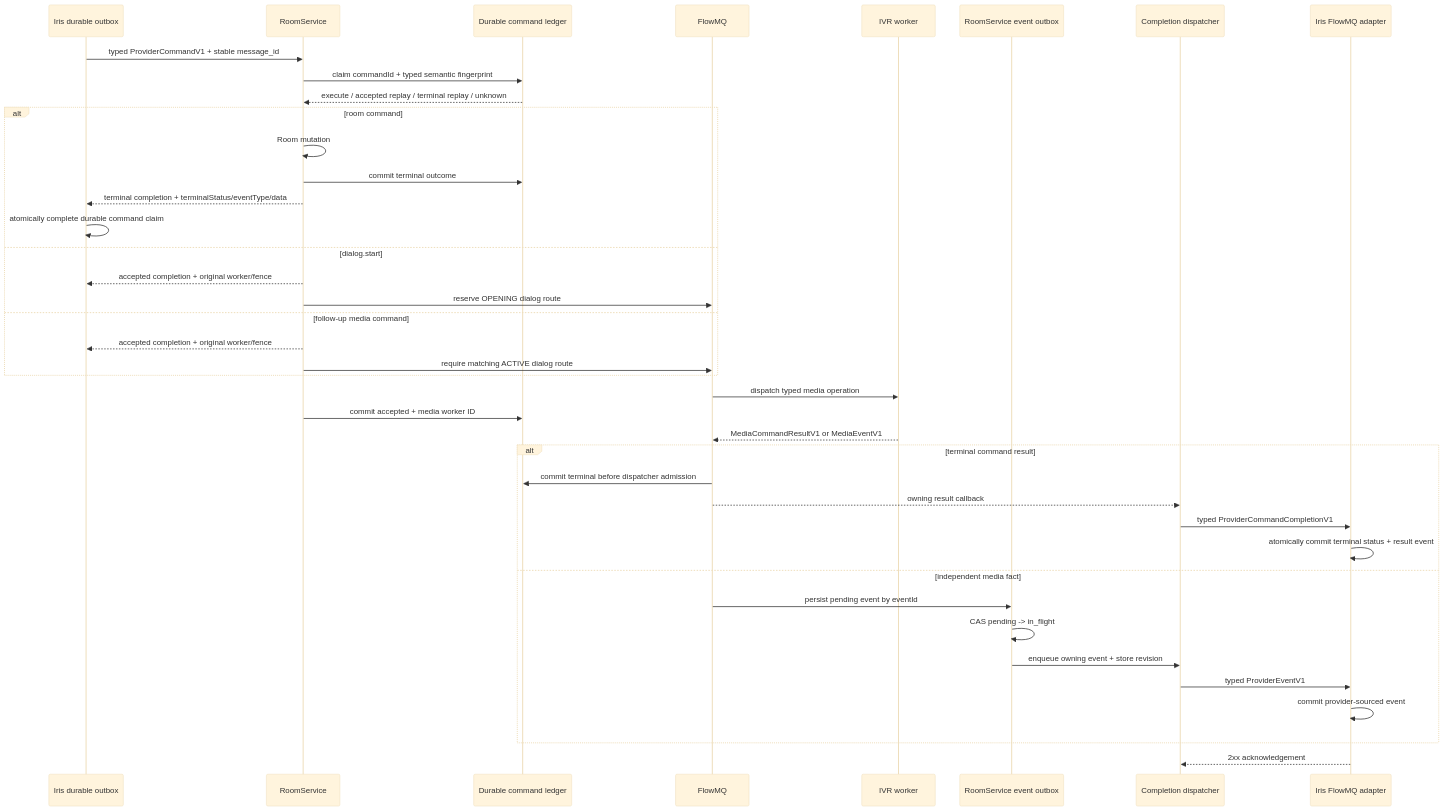
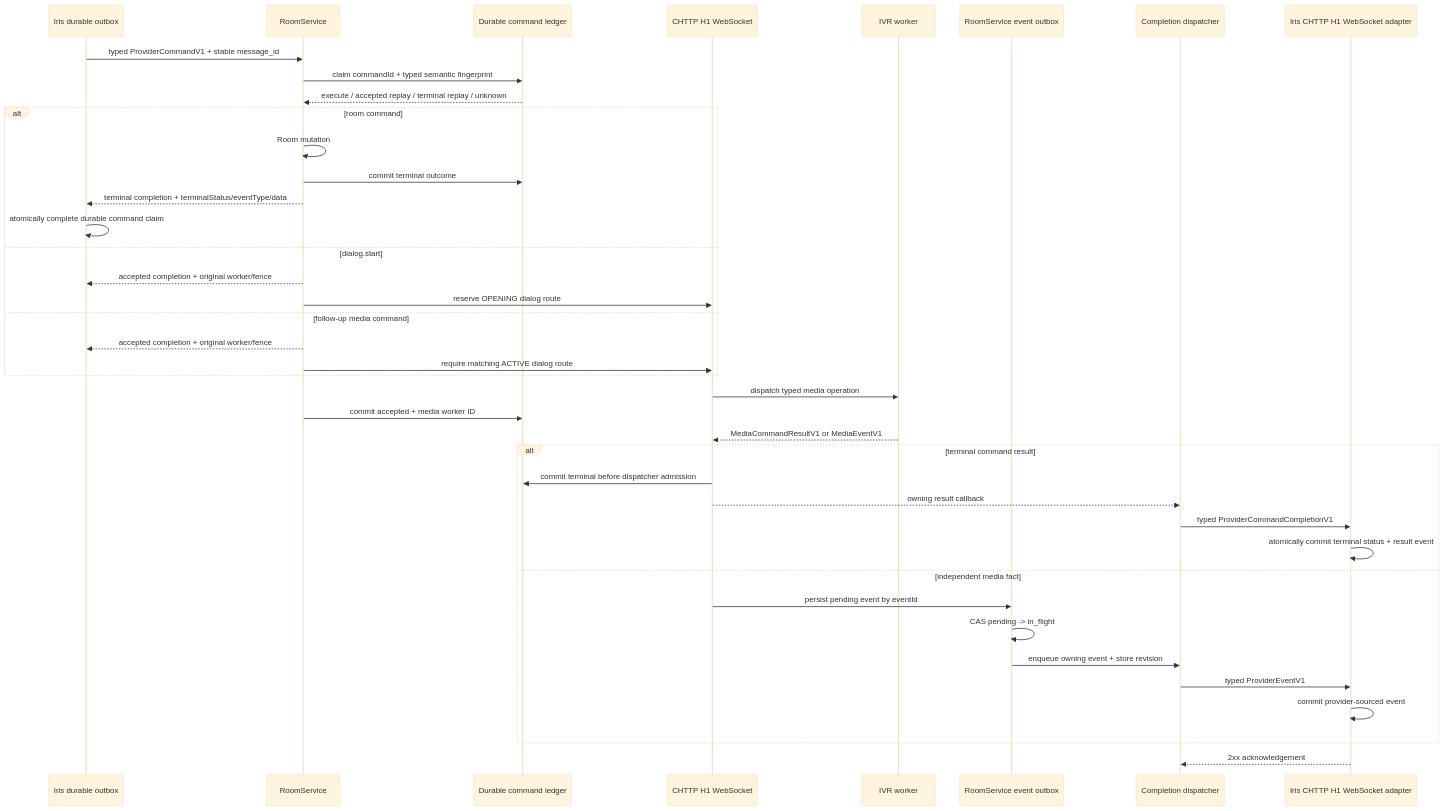
Before and after one commit to qigao/turbomedia: the seventh of 9 diagrams in webrtc/docs/ivr-production-readiness-design-zh.md, drawn with Mermaid (base theme). The commit also changed other lines of this file and 162 other files, not shown here.

````diff
--- a/webrtc/docs/ivr-production-readiness-design-zh.md
+++ b/webrtc/docs/ivr-production-readiness-design-zh.md
@@ -363,43 +370,43 @@
 ```mermaid
 sequenceDiagram
   participant I as Iris durable outbox
   participant R as RoomService
   participant L as Durable command ledger
-  participant F as FlowMQ
+  participant F as CHTTP H1 WebSocket
   participant W as IVR worker
   participant O as RoomService event outbox
   participant D as Completion dispatcher
-  participant A as Iris FlowMQ adapter
+  participant A as Iris CHTTP H1 WebSocket adapter
 
   I->>R: typed ProviderCommandV1 + stable message_id
   R->>L: claim commandId + typed semantic fingerprint
   L-->>R: execute / accepted replay / terminal replay / unknown
   alt room command
     R->>R: Room mutation
     R->>L: commit terminal outcome
     R-->>I: terminal completion + terminalStatus/eventType/data
     I->>I: atomically complete durable command claim
   else dialog.start
     R-->>I: accepted completion + original worker/fence
     R->>F: reserve OPENING dialog route
   else follow-up media command
     R-->>I: accepted completion + original worker/fence
     R->>F: require matching ACTIVE dialog route
   end
   F->>W: dispatch typed media operation
   R->>L: commit accepted + media worker ID
   W-->>F: MediaCommandResultV1 or MediaEventV1
   alt terminal command result
     F->>L: commit terminal before dispatcher admission
     F-->>D: owning result callback
     D->>A: typed ProviderCommandCompletionV1
     A->>A: atomically commit terminal status + result event
   else independent media fact
     F->>O: persist pending event by eventId
     O->>O: CAS pending -> in_flight
     O->>D: enqueue owning event + store revision
     D->>A: typed ProviderEventV1
     A->>A: commit provider-sourced event
   end
   A-->>D: 2xx acknowledgement
 ```
````
